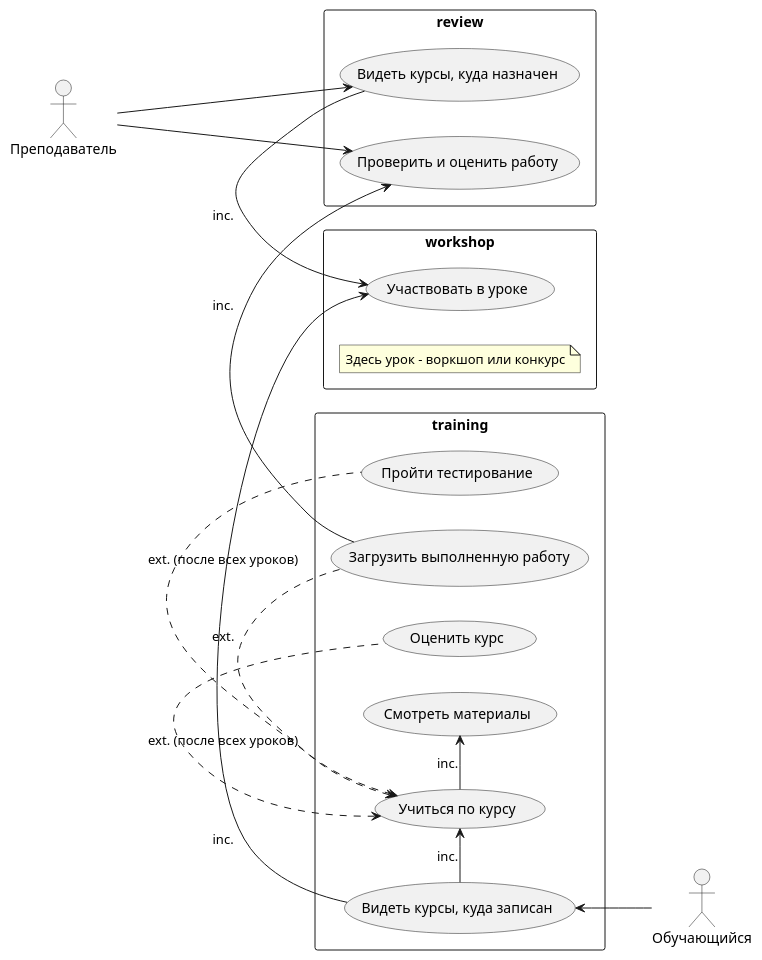
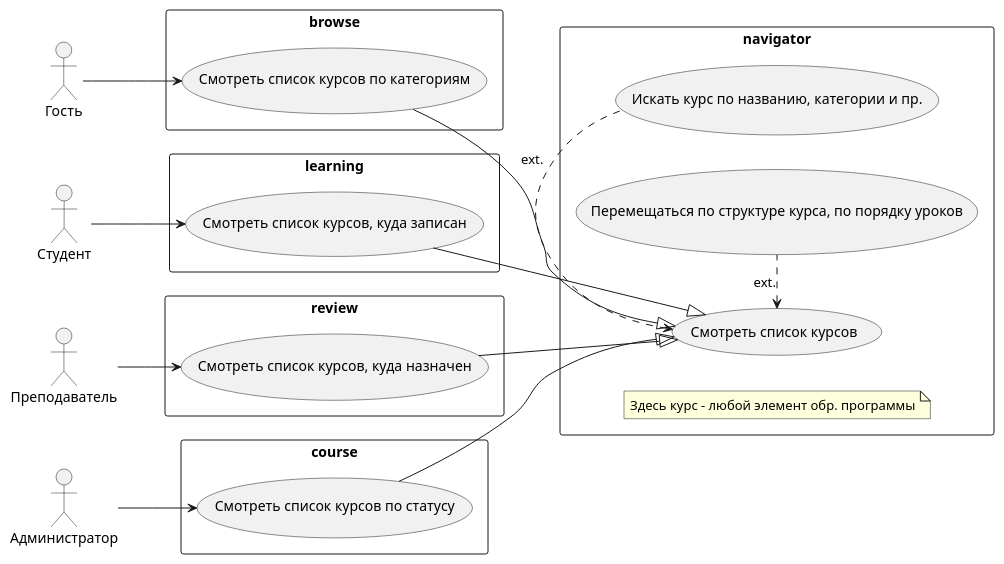
One commit to karpoftea/mts-kata-2023 changed the sixth of 6 diagrams in docs/requirements/requirements.md. Above: the diagram before and after it, drawn with PlantUML. The commit also changed other lines of this file, not shown here.

````diff
--- a/docs/requirements/requirements.md
+++ b/docs/requirements/requirements.md
@@ -145,42 +274,46 @@
 ```plantuml
 @startuml
 
 left to right direction
 
-actor "Обучающийся" as student
+actor "Гость" as guest
+actor "Студент" as student
 actor "Преподаватель" as teacher
+actor "Администратор" as admin
 
-rectangle workshop {
-  usecase "Участвовать в уроке" as UC38
-  note "Здесь урок - воркшоп или конкурс" as N32
+rectangle browse {
+  usecase "Смотреть список курсов по категориям" as UC21
 }
 
-rectangle training {
-  usecase "Видеть курсы, куда записан" as UC31
-  usecase "Учиться по курсу" as UC33
-  usecase "Пройти тестирование" as UC34
-  usecase "Загрузить выполненную работу" as UC35
-  usecase "Оценить курс" as UC36
-  usecase "Смотреть материалы" as UC39
-
+rectangle learning {
+  usecase "Смотреть список курсов, куда записан" as UC31
 }
 
 rectangle review {
-  usecase "Видеть курсы, куда назначен" as UC32
-  usecase "Проверить и оценить работу" as UC37
+  usecase "Смотреть список курсов, куда назначен" as UC32
 }
 
+rectangle course {
+  usecase "Смотреть список курсов по статусу" as UC71
+}
+
+rectangle navigator {
+  usecase "Смотреть список курсов" as UC81
+  usecase "Искать курс по названию, категории и пр." as UC82
+  usecase "Перемещаться по структуре курса, по порядку уроков" as UC83
+  note "Здесь курс - любой элемент обр. программы" as N81
+}
+
+guest --> UC21
+student --> UC31
 teacher --> UC32
-teacher --> UC37
-student -up-> UC31
-UC31 -> UC33 : inc.
-UC31 -> UC38 : inc.
-UC32 -> UC38 : inc.
-UC33 <. UC34 : ext. (после всех уроков)
-UC33 <. UC35 : ext.
-UC33 <. UC36 : ext. (после всех уроков)
-UC35 -> UC37 : inc.
-UC33 -> UC39 : inc.
+admin --> UC71
+UC21 --|> UC81
+UC31 --|> UC81
+UC32 --|> UC81
+UC71 --|> UC81
+UC81 <. UC82 : ext.
+UC81 <. UC83 : ext.
 
 @enduml
 ```
````
